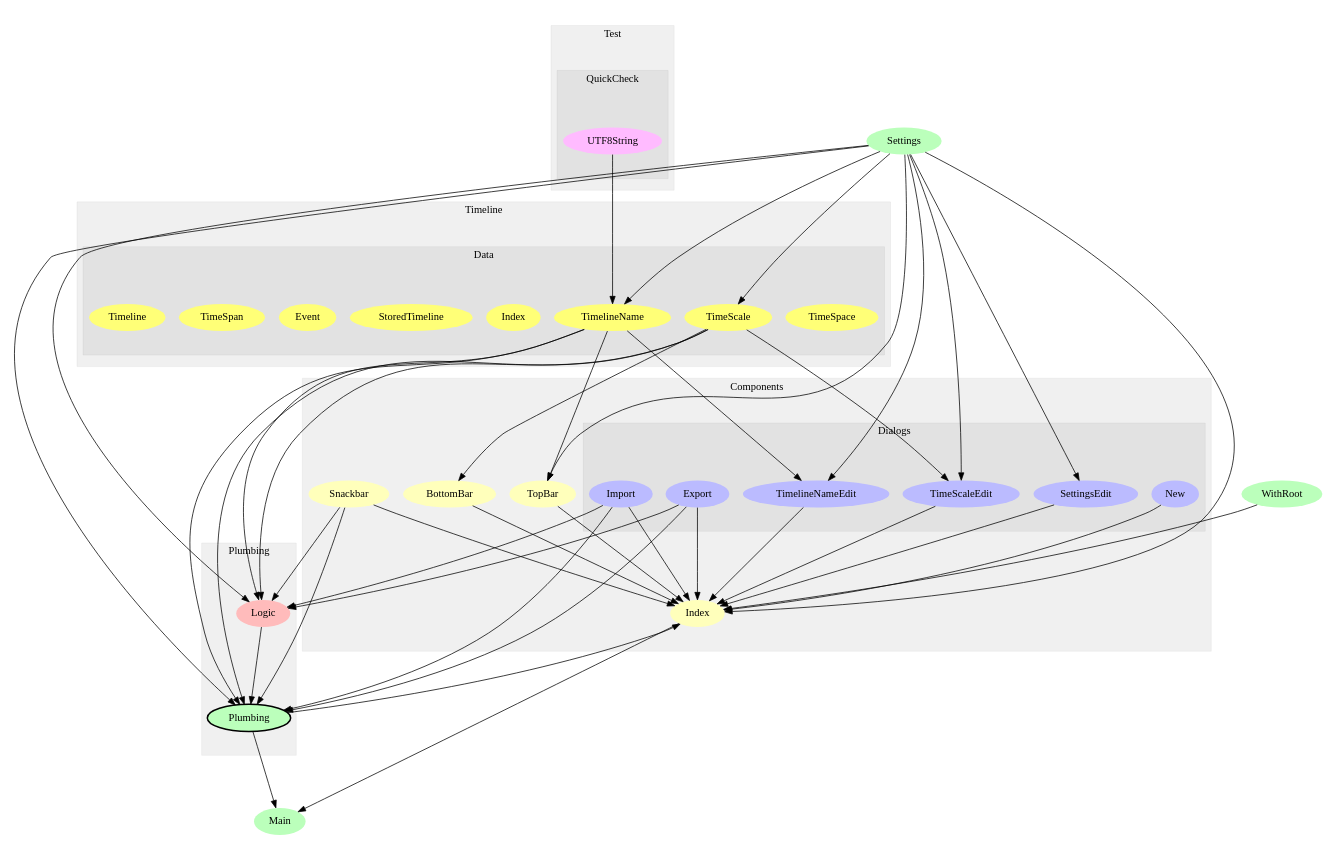
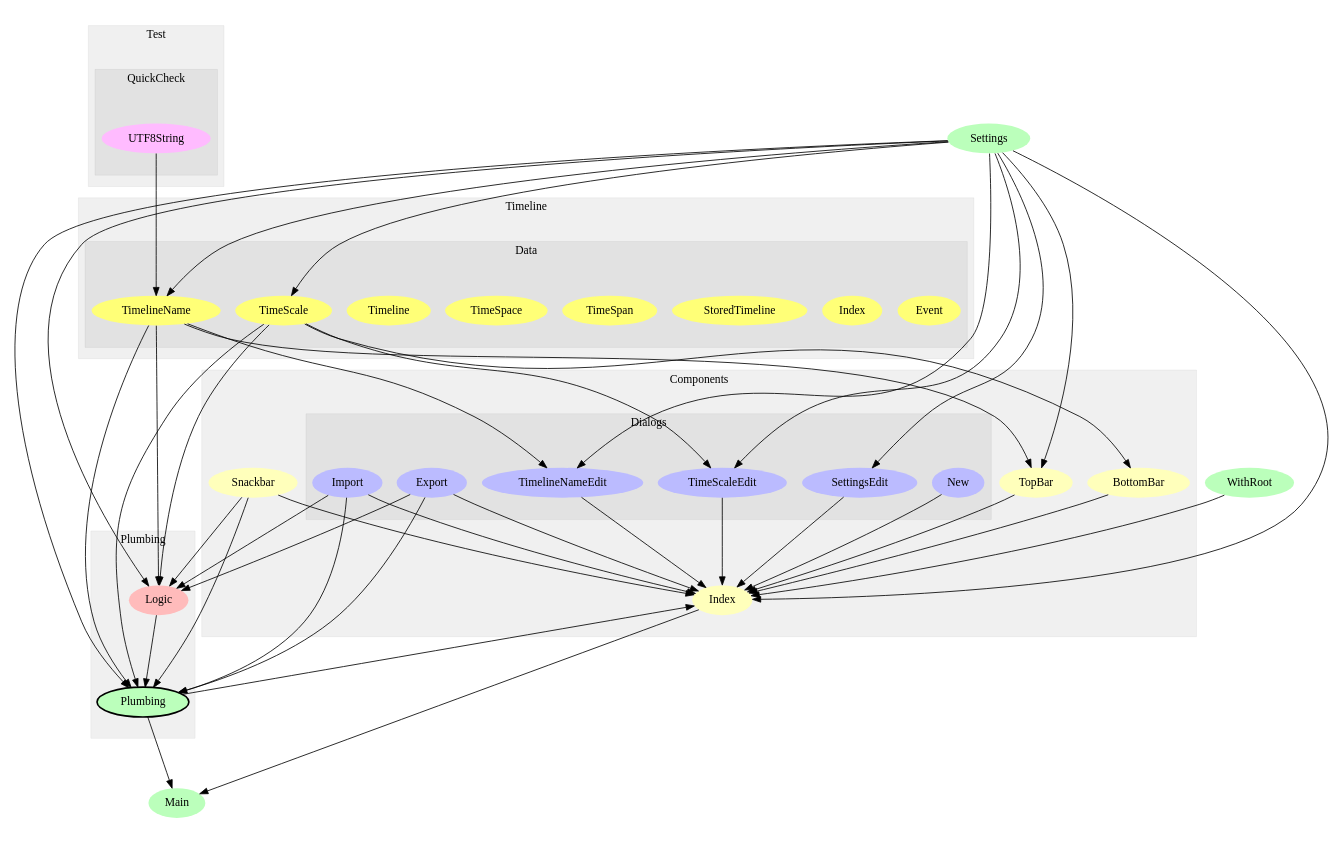
One commit to openchronology/openchronology.github.io changed the diagram in modules.dot. Above: the diagram before and after it, drawn with Graphviz. The commit also changed 3 other files, not shown here.

```diff
--- a/modules.dot
+++ b/modules.dot
@@ -1,109 +1,109 @@
 digraph Modules {
 size="12,8";
 ratio="fill";
-u10[label="Settings",style="filled",fillcolor="#bbffbb",penwidth="0"];
-u13[label="Main",style="filled",fillcolor="#bbffbb",penwidth="0"];
-u23[label="WithRoot",style="filled",fillcolor="#bbffbb",penwidth="0"];
+u1[label="WithRoot",style="filled",fillcolor="#bbffbb",penwidth="0"];
+u2[label="Main",style="filled",fillcolor="#bbffbb",penwidth="0"];
+u14[label="Settings",style="filled",fillcolor="#bbffbb",penwidth="0"];
 subgraph cluster_0 {
 label="Components";
 color="#0000000F";
 style="filled";
-u0[label="BottomBar",style="filled",fillcolor="#ffffbb",penwidth="0"];
-u7[label="TopBar",style="filled",fillcolor="#ffffbb",penwidth="0"];
-u8[label="Index",style="filled",fillcolor="#ffffbb",penwidth="0"];
-u9[label="Snackbar",style="filled",fillcolor="#ffffbb",penwidth="0"];
+u4[label="Index",style="filled",fillcolor="#ffffbb",penwidth="0"];
+u5[label="TopBar",style="filled",fillcolor="#ffffbb",penwidth="0"];
+u12[label="Snackbar",style="filled",fillcolor="#ffffbb",penwidth="0"];
+u13[label="BottomBar",style="filled",fillcolor="#ffffbb",penwidth="0"];
 subgraph cluster_1 {
 label="Dialogs";
 color="#0000000F";
 style="filled";
-u1[label="Import",style="filled",fillcolor="#bbbbff",penwidth="0"];
-u2[label="SettingsEdit",style="filled",fillcolor="#bbbbff",penwidth="0"];
-u3[label="TimelineNameEdit",style="filled",fillcolor="#bbbbff",penwidth="0"];
-u4[label="TimeScaleEdit",style="filled",fillcolor="#bbbbff",penwidth="0"];
-u5[label="Export",style="filled",fillcolor="#bbbbff",penwidth="0"];
 u6[label="New",style="filled",fillcolor="#bbbbff",penwidth="0"];
+u7[label="Export",style="filled",fillcolor="#bbbbff",penwidth="0"];
+u8[label="Import",style="filled",fillcolor="#bbbbff",penwidth="0"];
+u9[label="TimeScaleEdit",style="filled",fillcolor="#bbbbff",penwidth="0"];
+u10[label="TimelineNameEdit",style="filled",fillcolor="#bbbbff",penwidth="0"];
+u11[label="SettingsEdit",style="filled",fillcolor="#bbbbff",penwidth="0"];
 
 }
 
 }
 subgraph cluster_2 {
 label="Plumbing";
 color="#0000000F";
 style="filled";
-u11[label="Plumbing",style="filled,bold",fillcolor="#bbffbb"];
-u22[label="Logic",style="filled",fillcolor="#ffbbbb",penwidth="0"];
+u0[label="Plumbing",style="filled,bold",fillcolor="#bbffbb"];
+u3[label="Logic",style="filled",fillcolor="#ffbbbb",penwidth="0"];
 
 }
 subgraph cluster_3 {
 label="Test";
 color="#0000000F";
 style="filled";
 subgraph cluster_4 {
 label="QuickCheck";
 color="#0000000F";
 style="filled";
-u12[label="UTF8String",style="filled",fillcolor="#ffbbff",penwidth="0"];
+u15[label="UTF8String",style="filled",fillcolor="#ffbbff",penwidth="0"];
 
 }
 
 }
 subgraph cluster_5 {
 label="Timeline";
 color="#0000000F";
 style="filled";
 subgraph cluster_6 {
 label="Data";
 color="#0000000F";
 style="filled";
-u14[label="TimeSpace",style="filled",fillcolor="#ffff77",penwidth="0"];
-u15[label="TimeScale",style="filled",fillcolor="#ffff77",penwidth="0"];
-u16[label="TimelineName",style="filled",fillcolor="#ffff77",penwidth="0"];
+u16[label="Event",style="filled",fillcolor="#ffff77",penwidth="0"];
 u17[label="Index",style="filled",fillcolor="#ffff77",penwidth="0"];
 u18[label="StoredTimeline",style="filled",fillcolor="#ffff77",penwidth="0"];
-u19[label="Event",style="filled",fillcolor="#ffff77",penwidth="0"];
-u20[label="TimeSpan",style="filled",fillcolor="#ffff77",penwidth="0"];
+u19[label="TimeSpan",style="filled",fillcolor="#ffff77",penwidth="0"];
+u20[label="TimeSpace",style="filled",fillcolor="#ffff77",penwidth="0"];
 u21[label="Timeline",style="filled",fillcolor="#ffff77",penwidth="0"];
+u22[label="TimelineName",style="filled",fillcolor="#ffff77",penwidth="0"];
+u23[label="TimeScale",style="filled",fillcolor="#ffff77",penwidth="0"];
 
 }
 
 }
-u15 -> u0;
-u10 -> u2;
-u10 -> u3;
-u16 -> u3;
+u3 -> u0;
+u7 -> u0;
+u8 -> u0;
+u12 -> u0;
+u14 -> u0;
+u22 -> u0;
+u23 -> u0;
+u0 -> u2;
+u4 -> u2;
+u7 -> u3;
+u8 -> u3;
+u12 -> u3;
+u14 -> u3;
+u22 -> u3;
+u23 -> u3;
+u0 -> u4;
+u1 -> u4;
+u5 -> u4;
+u6 -> u4;
+u7 -> u4;
+u8 -> u4;
+u9 -> u4;
 u10 -> u4;
-u15 -> u4;
-u10 -> u7;
-u16 -> u7;
-u0 -> u8;
-u1 -> u8;
-u2 -> u8;
-u3 -> u8;
-u4 -> u8;
-u5 -> u8;
-u6 -> u8;
-u7 -> u8;
-u9 -> u8;
-u10 -> u8;
-u11 -> u8;
-u23 -> u8;
-u1 -> u11;
-u5 -> u11;
-u9 -> u11;
-u10 -> u11;
-u15 -> u11;
-u16 -> u11;
-u22 -> u11;
-u8 -> u13;
-u11 -> u13;
-u10 -> u15;
-u10 -> u16;
-u12 -> u16;
-u1 -> u22;
-u5 -> u22;
-u9 -> u22;
-u10 -> u22;
+u11 -> u4;
+u12 -> u4;
+u13 -> u4;
+u14 -> u4;
+u14 -> u5;
+u22 -> u5;
+u14 -> u9;
+u23 -> u9;
+u14 -> u10;
+u22 -> u10;
+u14 -> u11;
+u23 -> u13;
+u14 -> u22;
 u15 -> u22;
-u16 -> u22;
+u14 -> u23;
 
 }
```
